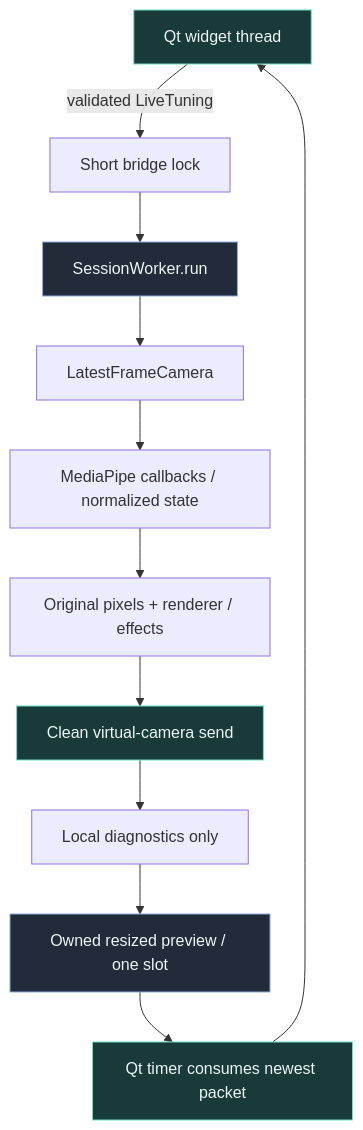
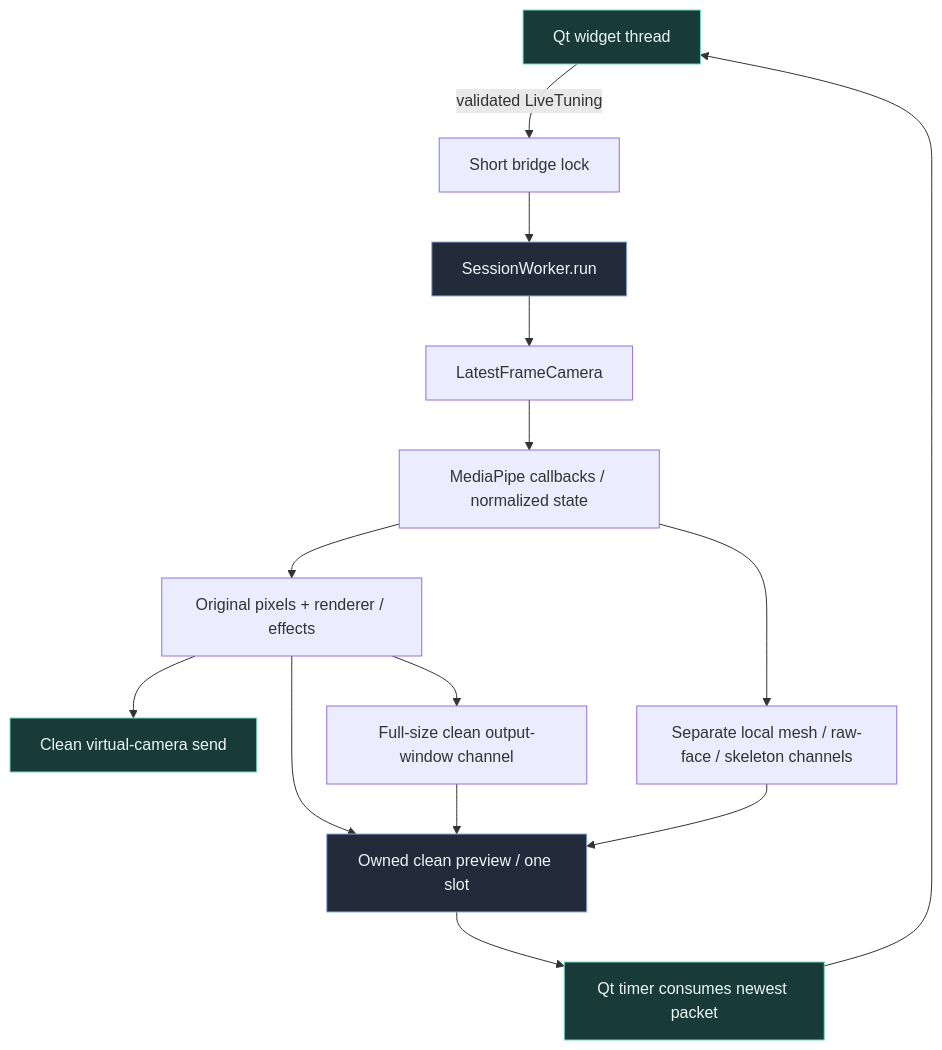
Before and after one commit to Zanark/KardboardCode-VTuber: the first of 2 diagrams in docs/09-desktop-studio/runtime-architecture.md, drawn with Mermaid. The commit also changed other lines of this file and 75 other files, not shown here.

````diff
--- a/docs/09-desktop-studio/runtime-architecture.md
+++ b/docs/09-desktop-studio/runtime-architecture.md
@@ -22,18 +22,21 @@
 ```mermaid
 flowchart TD
     Widget["Qt widget thread"] -->|"validated LiveTuning"| Lock["Short bridge lock"]
     Lock --> Work["SessionWorker.run"]
     Work --> Capture["LatestFrameCamera"]
     Capture --> Inference["MediaPipe callbacks / normalized state"]
     Inference --> Render["Original pixels + renderer / effects"]
     Render --> Send["Clean virtual-camera send"]
-    Send --> Debug["Local diagnostics only"]
-    Debug --> Latest["Owned resized preview / one slot"]
+    Render --> Latest["Owned clean preview / one slot"]
+    Render --> Window["Full-size clean output-window channel"]
+    Inference --> Debug["Separate local mesh / raw-face / skeleton channels"]
+    Window --> Latest
+    Debug --> Latest
     Latest --> Tick["Qt timer consumes newest packet"]
     Tick --> Widget
     style Widget fill:#183a39,stroke:#72dcc0,color:#ecf6f5
     style Work fill:#222b3a,stroke:#8da9dd,color:#ecf6f5
     style Send fill:#183a39,stroke:#72dcc0,color:#ecf6f5
     style Latest fill:#222b3a,stroke:#8da9dd,color:#ecf6f5
     style Tick fill:#183a39,stroke:#72dcc0,color:#ecf6f5
 ```
````
